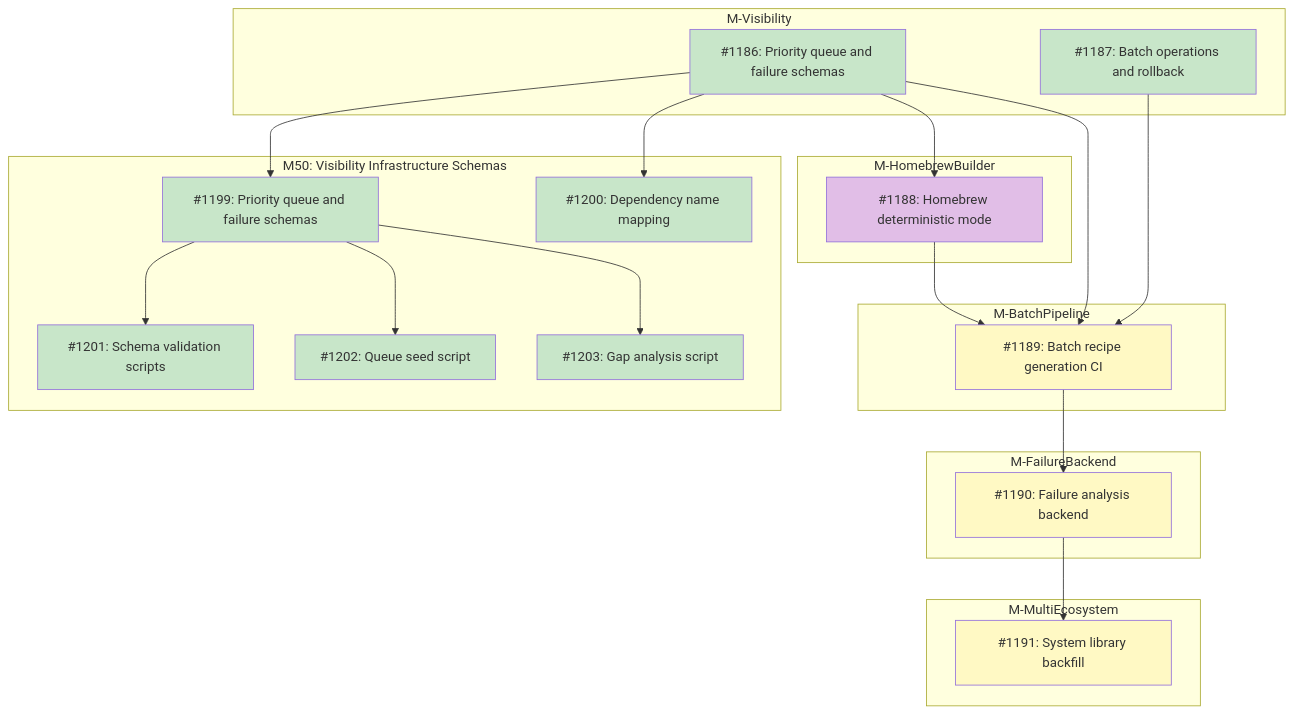
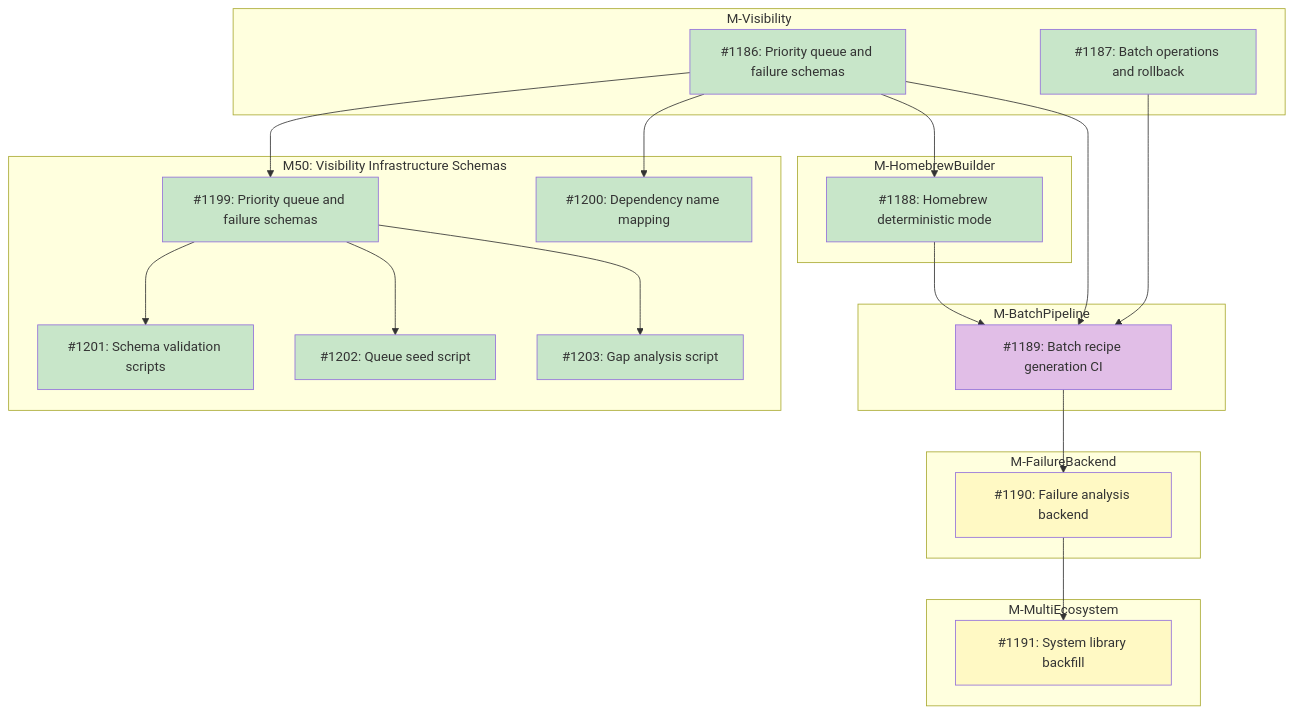
Before and after one commit to tsukumogami/tsuku: the diagram in docs/designs/DESIGN-registry-scale-strategy.md, drawn with Mermaid. The commit also changed other lines of this file and 5 other files, not shown here.

````diff
--- a/docs/designs/DESIGN-registry-scale-strategy.md
+++ b/docs/designs/DESIGN-registry-scale-strategy.md
@@ -67,57 +67,58 @@
 ```mermaid
 graph TD
     subgraph M_Visibility["M-Visibility"]
         I1186["#1186: Priority queue and failure schemas"]
         I1187["#1187: Batch operations and rollback"]
     end
 
     subgraph M50["M50: Visibility Infrastructure Schemas"]
         I1199["#1199: Priority queue and failure schemas"]
         I1200["#1200: Dependency name mapping"]
         I1201["#1201: Schema validation scripts"]
         I1202["#1202: Queue seed script"]
         I1203["#1203: Gap analysis script"]
     end
 
     subgraph M_HomebrewBuilder["M-HomebrewBuilder"]
         I1188["#1188: Homebrew deterministic mode"]
     end
 
     subgraph M_BatchPipeline["M-BatchPipeline"]
         I1189["#1189: Batch recipe generation CI"]
     end
 
     subgraph M_FailureBackend["M-FailureBackend"]
         I1190["#1190: Failure analysis backend"]
     end
 
     subgraph M_MultiEcosystem["M-MultiEcosystem"]
         I1191["#1191: System library backfill"]
     end
 
     I1186 --> I1199
     I1186 --> I1200
     I1199 --> I1201
     I1199 --> I1202
     I1199 --> I1203
     I1186 --> I1188
     I1186 --> I1189
     I1187 --> I1189
     I1188 --> I1189
     I1189 --> I1190
     I1190 --> I1191
 
     classDef done fill:#c8e6c9
     classDef ready fill:#bbdefb
     classDef blocked fill:#fff9c4
     classDef needsDesign fill:#e1bee7
 
     class I1186,I1187 done
     class I1200 done
     class I1199 done
-    class I1188 needsDesign
+    class I1188 done
     class I1201 done
     class I1202 done
     class I1203 done
-    class I1189,I1190,I1191 blocked
+    class I1189 needsDesign
+    class I1190,I1191 blocked
 ```
````
